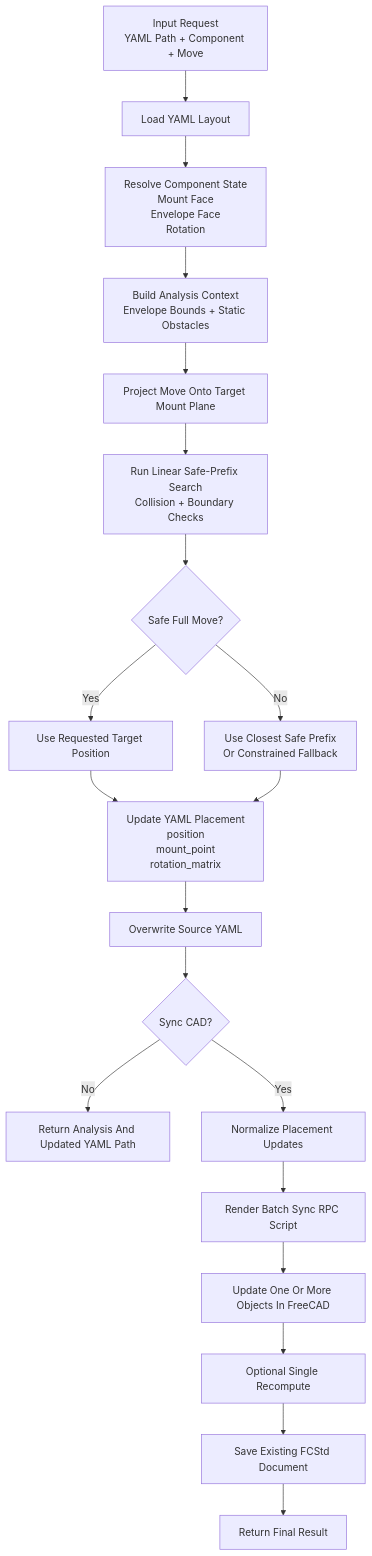
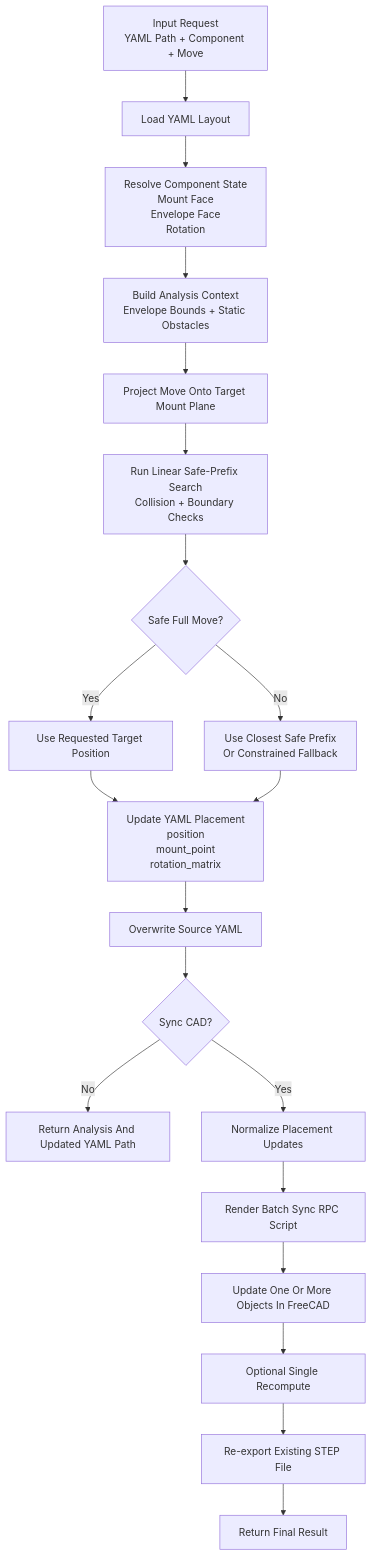
One commit to Bokai502/freecad-skill changed the second of 3 diagrams in docs/ARCHITECTURE.md. Above: the diagram before and after it, drawn with Mermaid. The commit also changed other lines of this file and 36 other files, not shown here.

````diff
--- a/docs/ARCHITECTURE.md
+++ b/docs/ARCHITECTURE.md
@@ -39,22 +39,22 @@
 ```mermaid
 flowchart TD
     A["Input Request<br/>YAML Path + Component + Move"] --> B["Load YAML Layout"]
     B --> C["Resolve Component State<br/>Mount Face<br/>Envelope Face<br/>Rotation"]
     C --> D["Build Analysis Context<br/>Envelope Bounds + Static Obstacles"]
     D --> E["Project Move Onto Target Mount Plane"]
     E --> F["Run Linear Safe-Prefix Search<br/>Collision + Boundary Checks"]
     F --> G{"Safe Full Move?"}
     G -- "Yes" --> H["Use Requested Target Position"]
     G -- "No" --> I["Use Closest Safe Prefix<br/>Or Constrained Fallback"]
     H --> J["Update YAML Placement<br/>position<br/>mount_point<br/>rotation_matrix"]
     I --> J
     J --> K["Overwrite Source YAML"]
     K --> L{"Sync CAD?"}
     L -- "No" --> M["Return Analysis And Updated YAML Path"]
     L -- "Yes" --> N["Normalize Placement Updates"]
     N --> O["Render Batch Sync RPC Script"]
     O --> P["Update One Or More Objects In FreeCAD"]
     P --> Q["Optional Single Recompute"]
-    Q --> R["Save Existing FCStd Document"]
+    Q --> R["Re-export Existing STEP File"]
     R --> S["Return Final Result"]
 ```
````
